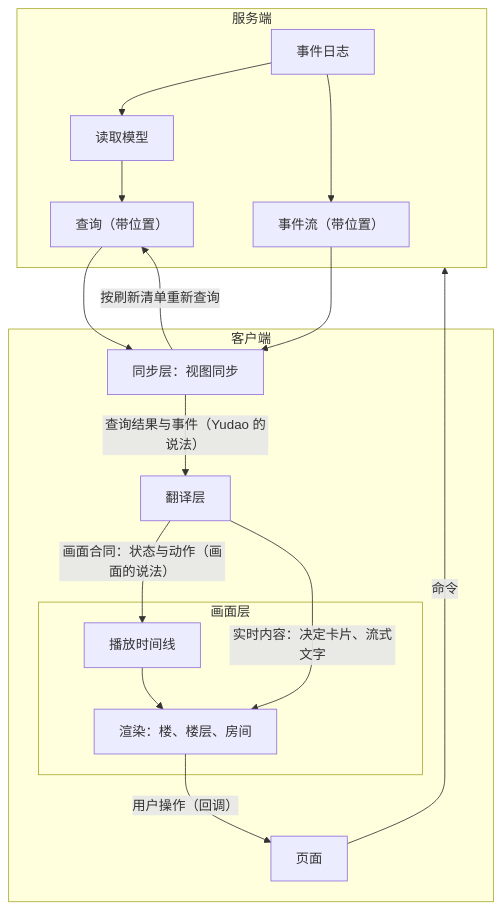
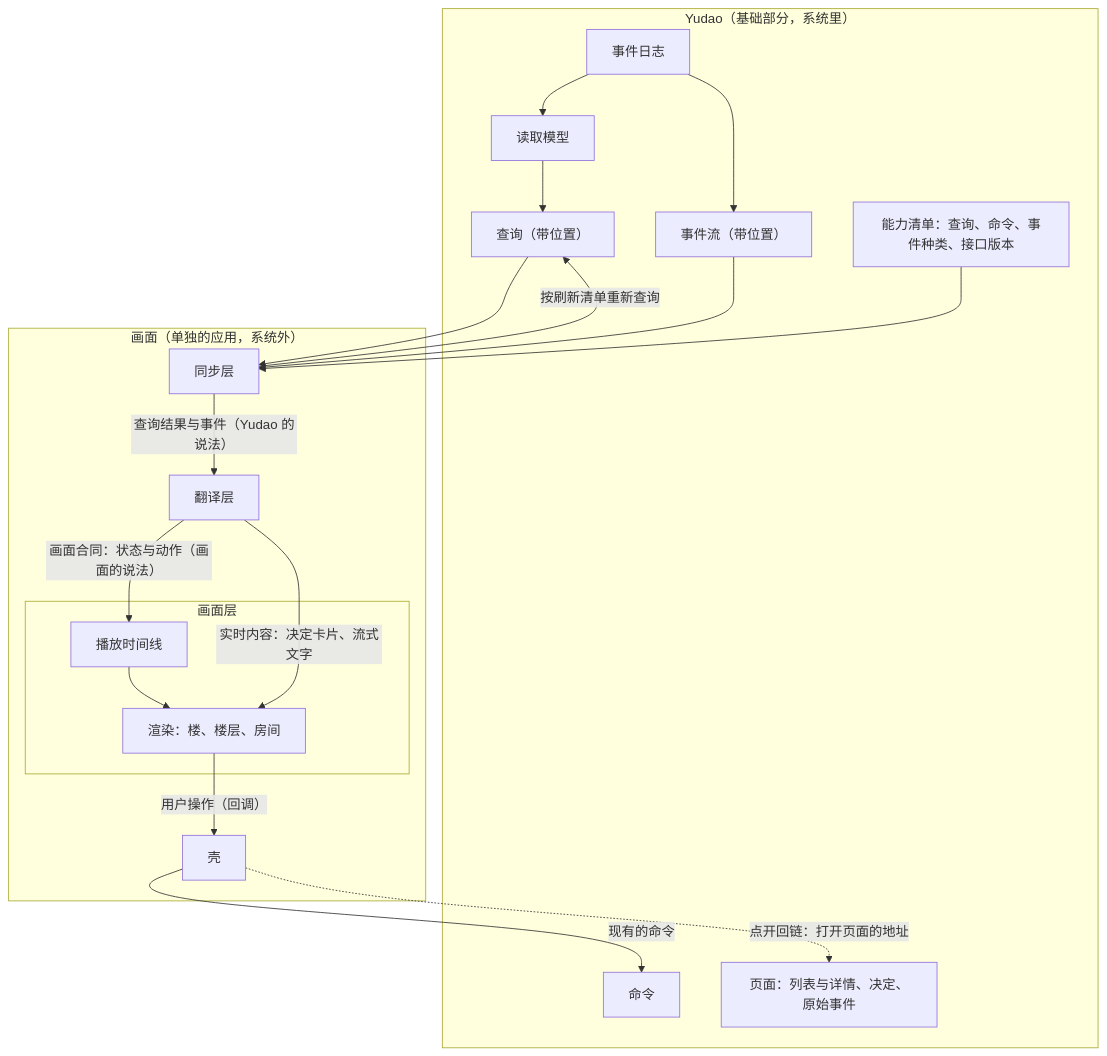
The first of 4 diagrams in docs/design/visualization.md (bender2333/yudao), drawn with Mermaid before and after one commit. The commit also changed other lines of this file and 4 other files, not shown here.

````diff
--- a/docs/design/visualization.md
+++ b/docs/design/visualization.md
@@ -35,25 +32,30 @@
 ```mermaid
 flowchart TB
-  subgraph Server["服务端"]
+  subgraph Yudao["Yudao（基础部分，系统里）"]
     Log["事件日志"] --> Read["读取模型"] --> Query["查询（带位置）"]
     Log --> Stream["事件流（带位置）"]
+    Cmd["命令"]
+    Cap["能力清单：查询、命令、事件种类、接口版本"]
+    Page["页面：列表与详情、决定、原始事件"]
   end
-  subgraph Client["客户端"]
-    Sync["同步层：视图同步"]
+  subgraph View["画面（单独的应用，系统外）"]
+    Sync["同步层"]
     Adapter["翻译层"]
-    subgraph View["画面层"]
+    subgraph Pixel["画面层"]
       Timeline["播放时间线"]
       Render["渲染：楼、楼层、房间"]
     end
-    Page["页面"]
+    Shell["壳"]
   end
+  Cap --> Sync
   Query --> Sync
   Stream --> Sync
   Sync -- "按刷新清单重新查询" --> Query
   Sync -- "查询结果与事件（Yudao 的说法）" --> Adapter
   Adapter -- "画面合同：状态与动作（画面的说法）" --> Timeline
   Adapter -- "实时内容：决定卡片、流式文字" --> Render
   Timeline --> Render
-  Render -- "用户操作（回调）" --> Page
-  Page -- "命令" --> Server
+  Render -- "用户操作（回调）" --> Shell
+  Shell -- "现有的命令" --> Cmd
+  Shell -. "点开回链：打开页面的地址" .-> Page
 ```
````
